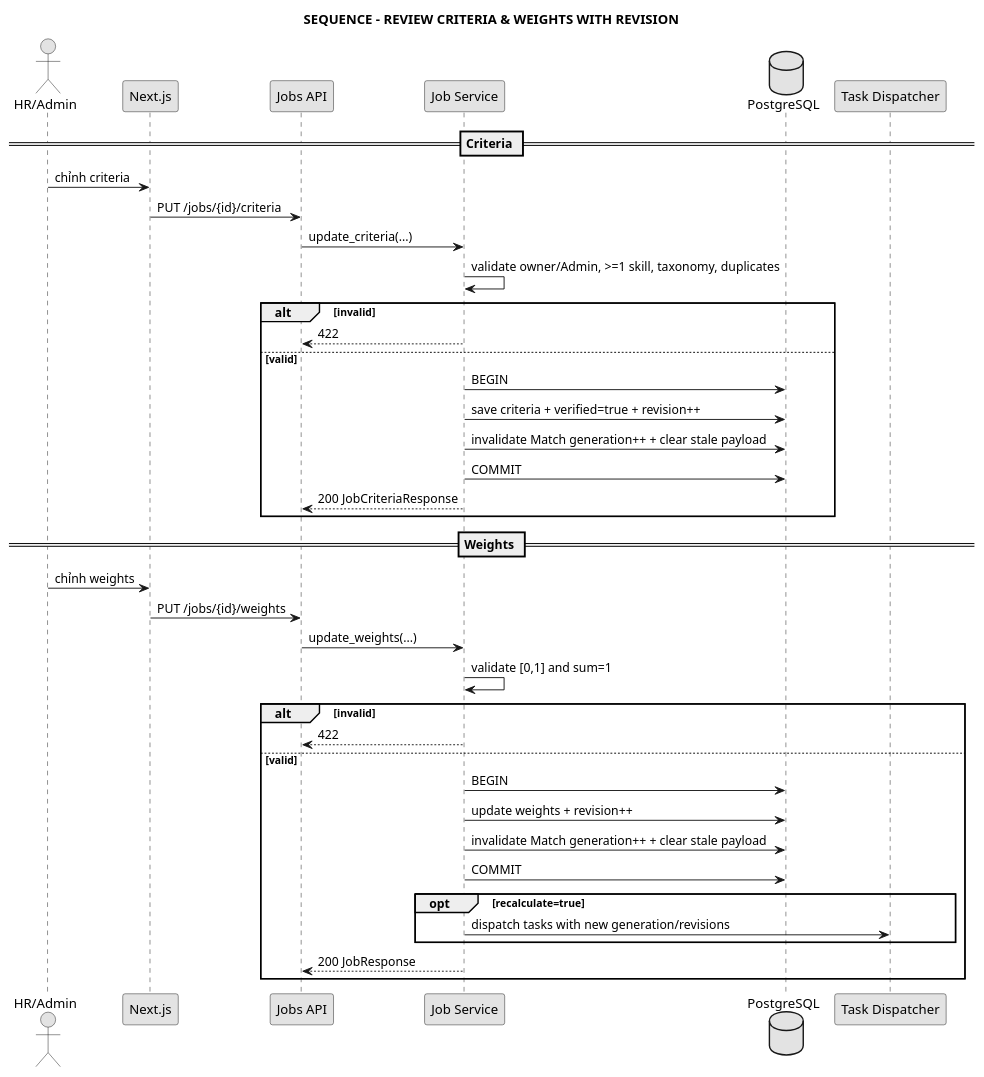
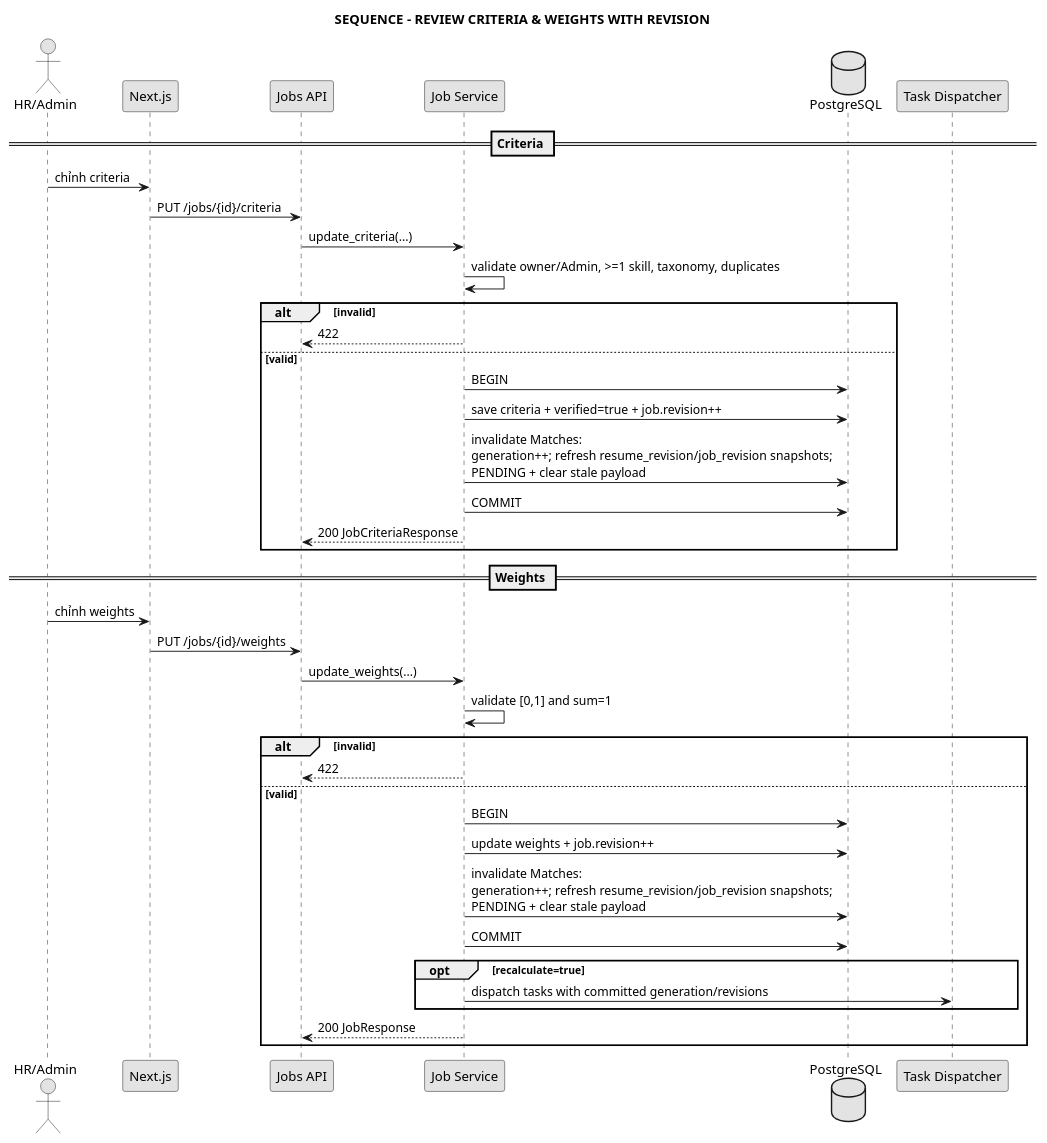
The diagram in docs/04_sequence/seq_job_criteria_weights.puml (anh632k-ui/WebCVUngVienTuyenDung), drawn with PlantUML before and after one commit.

Commit message:
docs(sequence): refresh match revision snapshots on JD invalidation

```diff
--- a/docs/04_sequence/seq_job_criteria_weights.puml
+++ b/docs/04_sequence/seq_job_criteria_weights.puml
@@ -1,45 +1,45 @@
 @startuml
 skinparam monochrome true
 skinparam shadowing false
 title SEQUENCE - REVIEW CRITERIA & WEIGHTS WITH REVISION
 
 actor "HR/Admin" as User
 participant "Next.js" as FE
 participant "Jobs API" as API
 participant "Job Service" as Service
 database "PostgreSQL" as DB
 participant "Task Dispatcher" as Dispatcher
 
 == Criteria ==
 User -> FE : chỉnh criteria
 FE -> API : PUT /jobs/{id}/criteria
 API -> Service : update_criteria(...)
 Service -> Service : validate owner/Admin, >=1 skill, taxonomy, duplicates
 alt invalid
   Service --> API : 422
 else valid
   Service -> DB : BEGIN
-  Service -> DB : save criteria + verified=true + revision++
-  Service -> DB : invalidate Match generation++ + clear stale payload
+  Service -> DB : save criteria + verified=true + job.revision++
+  Service -> DB : invalidate Matches:\ngeneration++; refresh resume_revision/job_revision snapshots;\nPENDING + clear stale payload
   Service -> DB : COMMIT
   Service --> API : 200 JobCriteriaResponse
 end
 
 == Weights ==
 User -> FE : chỉnh weights
 FE -> API : PUT /jobs/{id}/weights
 API -> Service : update_weights(...)
 Service -> Service : validate [0,1] and sum=1
 alt invalid
   Service --> API : 422
 else valid
   Service -> DB : BEGIN
-  Service -> DB : update weights + revision++
-  Service -> DB : invalidate Match generation++ + clear stale payload
+  Service -> DB : update weights + job.revision++
+  Service -> DB : invalidate Matches:\ngeneration++; refresh resume_revision/job_revision snapshots;\nPENDING + clear stale payload
   Service -> DB : COMMIT
   opt recalculate=true
-    Service -> Dispatcher : dispatch tasks with new generation/revisions
+    Service -> Dispatcher : dispatch tasks with committed generation/revisions
   end
   Service --> API : 200 JobResponse
 end
 @enduml
```
